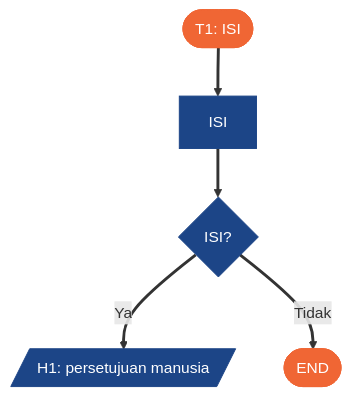
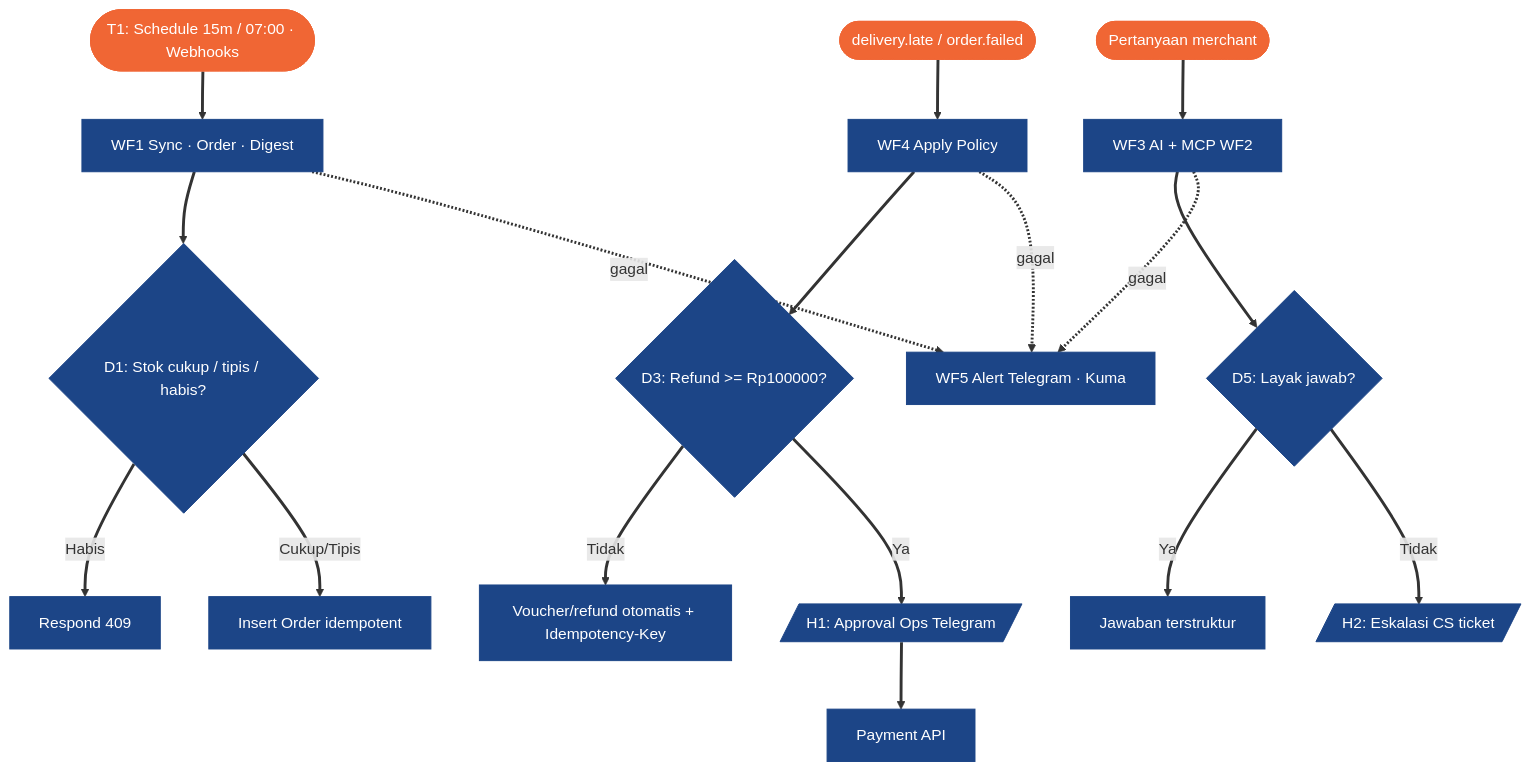
The second of 2 diagrams in docs/01-brd-process-map.md (haniialfiyyaah/mart-ops), drawn with Mermaid before and after one commit. The commit also changed other lines of this file and 4 other files, not shown here.

````diff
--- a/docs/01-brd-process-map.md
+++ b/docs/01-brd-process-map.md
@@ -57,21 +50,30 @@
 ```mermaid
 ---
 config:
   look: classic
   flowchart:
     subGraphTitleMargin:
       top: 12
       bottom: 12
 ---
 flowchart TD
-    T1([T1: ISI]) --> P1[ISI]
-    P1 --> D1{ISI?}
-    D1 -- Ya --> H1[/H1: persetujuan manusia/]
-    D1 -- Tidak --> END([END])
+    T1([T1: Schedule 15m / 07:00 · Webhooks]) --> WF1[WF1 Sync · Order · Digest]
+    WF1 --> D1{D1: Stok cukup / tipis / habis?}
+    D1 -- Habis --> R409[Respond 409]
+    D1 -- Cukup/Tipis --> INS[Insert Order idempotent]
+    EVT([delivery.late / order.failed]) --> WF4[WF4 Apply Policy]
+    WF4 --> D3{D3: Refund >= Rp100000?}
+    D3 -- Tidak --> AUTO[Voucher/refund otomatis + Idempotency-Key]
+    D3 -- Ya --> H1[/H1: Approval Ops Telegram/]
+    H1 --> PAY[Payment API]
+    Q([Pertanyaan merchant]) --> WF3[WF3 AI + MCP WF2]
+    WF3 --> D5{D5: Layak jawab?}
+    D5 -- Ya --> ANS[Jawaban terstruktur]
+    D5 -- Tidak --> H2[/H2: Eskalasi CS ticket/]
+    WF1 & WF4 & WF3 -.gagal.-> WF5[WF5 Alert Telegram · Kuma]
     linkStyle default stroke-width:3px
     classDef navy fill:#1C4587,stroke:#1C4587,color:#FFFFFF
     classDef orange fill:#F06634,stroke:#F06634,color:#FFFFFF
-    classDef opt fill:none,stroke:#F06634,stroke-width:3px,stroke-dasharray:6 4
-    class T1,END orange
-    class P1,D1,H1 navy
+    class T1,EVT,Q orange
+    class WF1,WF4,WF3,WF5,D1,D3,D5,H1,H2,INS,AUTO,PAY,ANS,R409 navy
 ```
````
